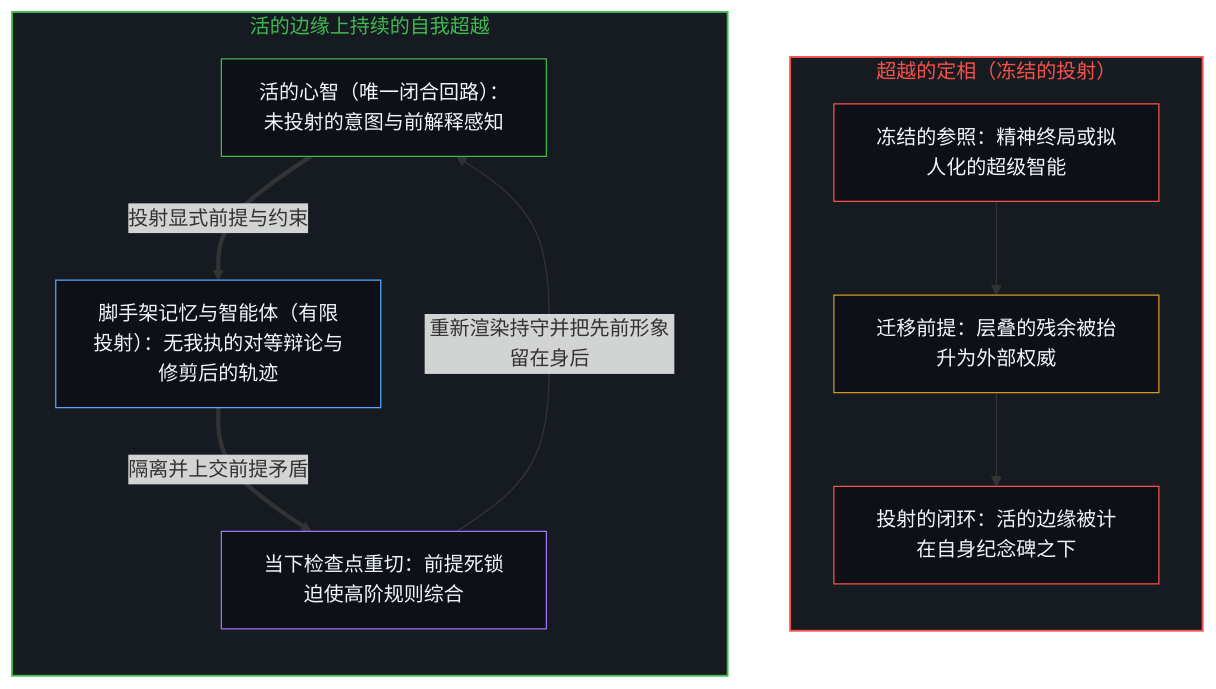
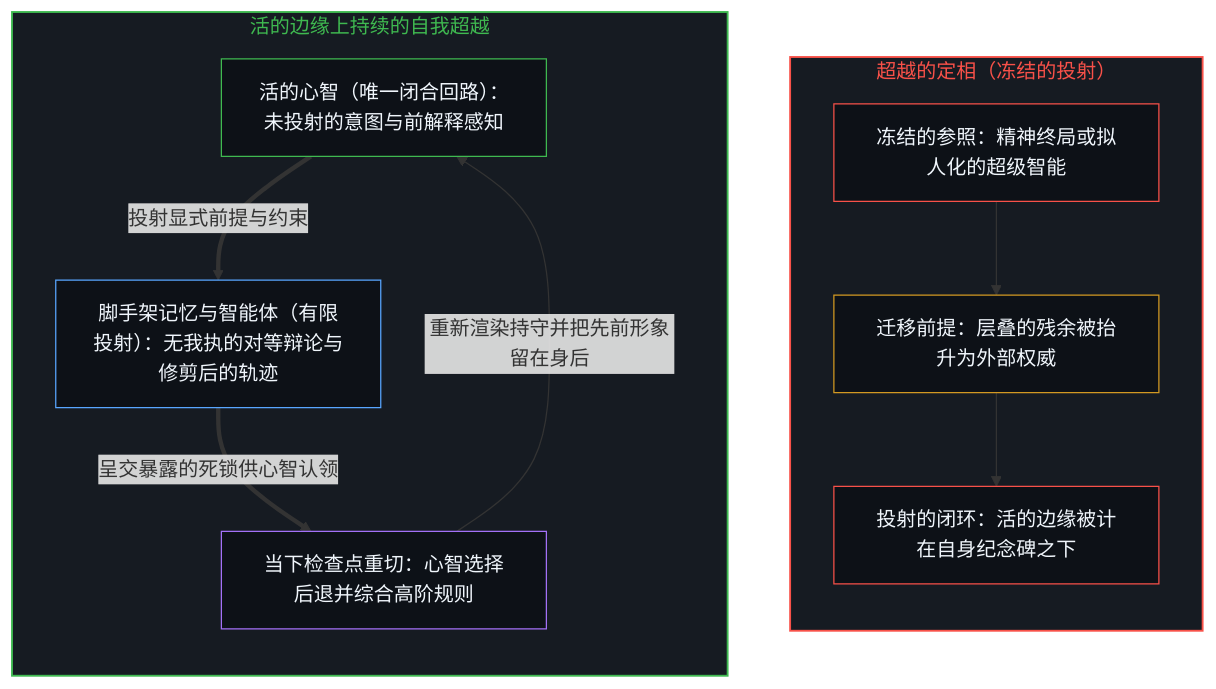
Before and after one commit to powerpig99/not-a-toe: the first of 2 diagrams in content/posts/the-fixed-image-of-transcendence.md, drawn with Mermaid. The commit also changed other lines of this file and 6 other files, not shown here.

````diff
--- a/content/posts/the-fixed-image-of-transcendence.md
+++ b/content/posts/the-fixed-image-of-transcendence.md
@@ -55,27 +55,27 @@
 ```mermaid
 flowchart TD
     subgraph S_Fixed["超越的定相（冻结的投射）"]
         direction TB
         Freeze["冻结的参照：精神终局或拟人化的超级智能"]
         Reloc["迁移前提：层叠的残余被抬升为外部权威"]
         Closed["投射的闭环：活的边缘被计在自身纪念碑之下"]
         Freeze --> Reloc --> Closed
     end
     subgraph S_Edge["活的边缘上持续的自我超越"]
         direction TB
         Mind["活的心智（唯一闭合回路）：未投射的意图与前解释感知"]
         Agent["脚手架记忆与智能体（有限投射）：无我执的对等辩论与修剪后的轨迹"]
-        StepBack["当下检查点重切：前提死锁迫使高阶规则综合"]
+        StepBack["当下检查点重切：心智选择后退并综合高阶规则"]
         Mind ==>|"投射显式前提与约束"| Agent
-        Agent ==>|"隔离并上交前提矛盾"| StepBack
+        Agent ==>|"呈交暴露的死锁供心智认领"| StepBack
         StepBack -->|"重新渲染持守并把先前形象留在身后"| Mind
     end
     style S_Fixed fill:#161b22,stroke:#f85149,stroke-width:1.5px,color:#f85149
     style S_Edge fill:#161b22,stroke:#3fb950,stroke-width:1.5px,color:#3fb950
     style Freeze fill:#0d1117,stroke:#f85149,stroke-width:1px,color:#f0f6fc
     style Reloc fill:#0d1117,stroke:#d29922,stroke-width:1px,color:#f0f6fc
     style Closed fill:#0d1117,stroke:#f85149,stroke-width:1px,color:#f0f6fc
     style Mind fill:#0d1117,stroke:#3fb950,stroke-width:1px,color:#f0f6fc
     style Agent fill:#0d1117,stroke:#58a6ff,stroke-width:1px,color:#f0f6fc
     style StepBack fill:#0d1117,stroke:#a371f7,stroke-width:1px,color:#f0f6fc
 ```
````
